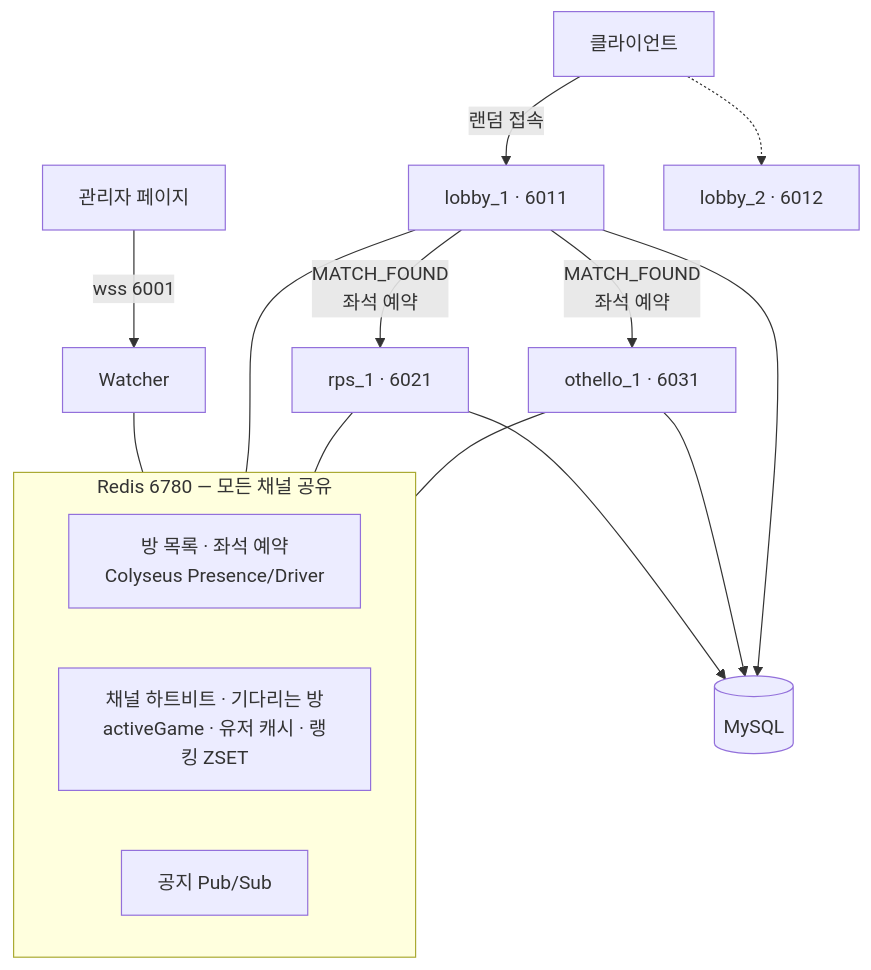
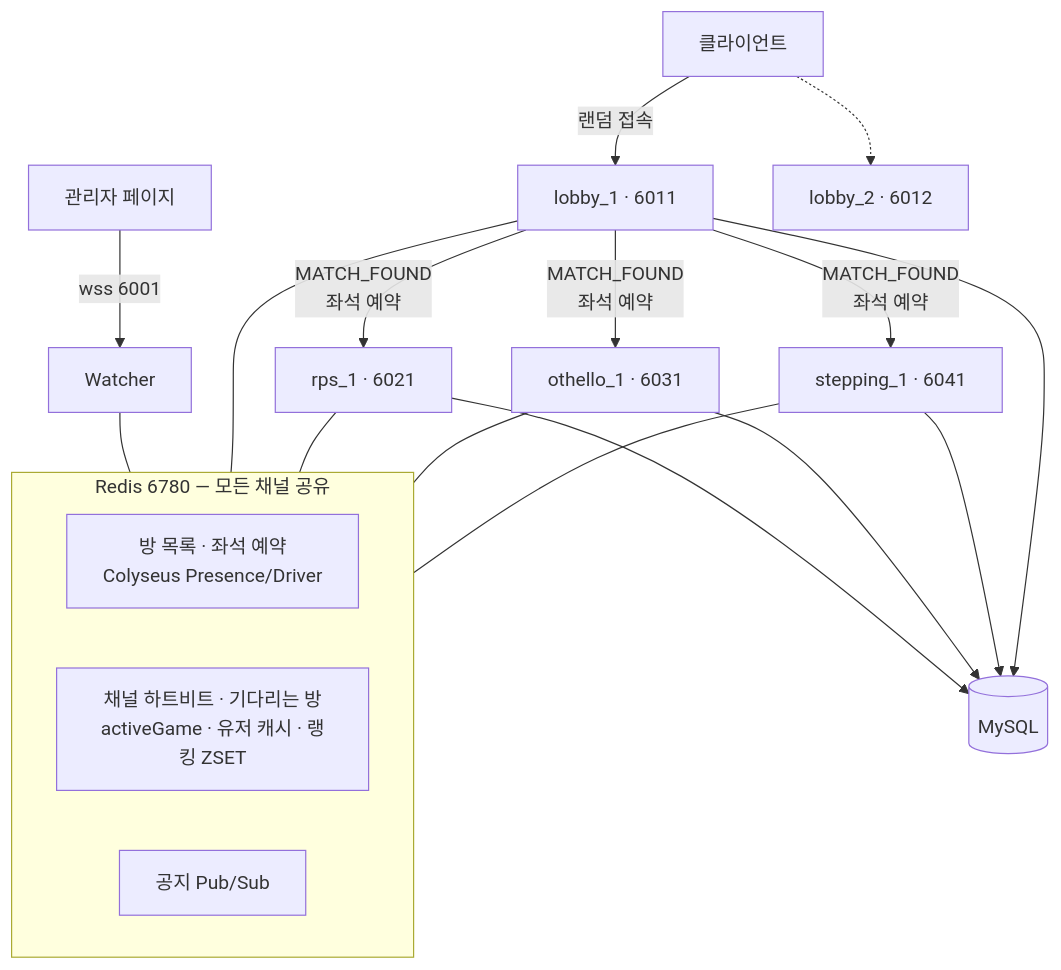
One commit to chadolcap/multi_game_vibe_coding_server_ruflo changed the first of 9 diagrams in CLAUDE.md. Above: the diagram before and after it, drawn with Mermaid. The commit also changed other lines of this file and 26 other files, not shown here.

````diff
--- a/CLAUDE.md
+++ b/CLAUDE.md
@@ -28,19 +28,21 @@
 ```mermaid
 flowchart TB
     Admin[관리자 페이지] -->|wss 6001| W[Watcher]
     C[클라이언트] -->|랜덤 접속| L1[lobby_1 · 6011]
     C -.-> L2[lobby_2 · 6012]
     L1 -->|MATCH_FOUND<br/>좌석 예약| R1[rps_1 · 6021]
     L1 -->|MATCH_FOUND<br/>좌석 예약| O1[othello_1 · 6031]
+    L1 -->|MATCH_FOUND<br/>좌석 예약| S1[stepping_1 · 6041]
     subgraph Redis[Redis 6780 — 모든 채널 공유]
         P[방 목록 · 좌석 예약<br/>Colyseus Presence/Driver]
         H[채널 하트비트 · 기다리는 방<br/>activeGame · 유저 캐시 · 랭킹 ZSET]
         N[공지 Pub/Sub]
     end
     W --- Redis
     L1 --- Redis
     R1 --- Redis
     O1 --- Redis
-    R1 & O1 --> DB[(MySQL)]
+    S1 --- Redis
+    R1 & O1 & S1 --> DB[(MySQL)]
     L1 --> DB
 ```
````
